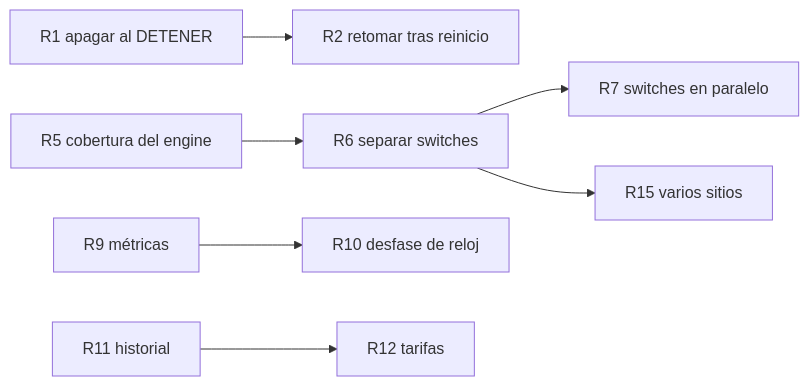
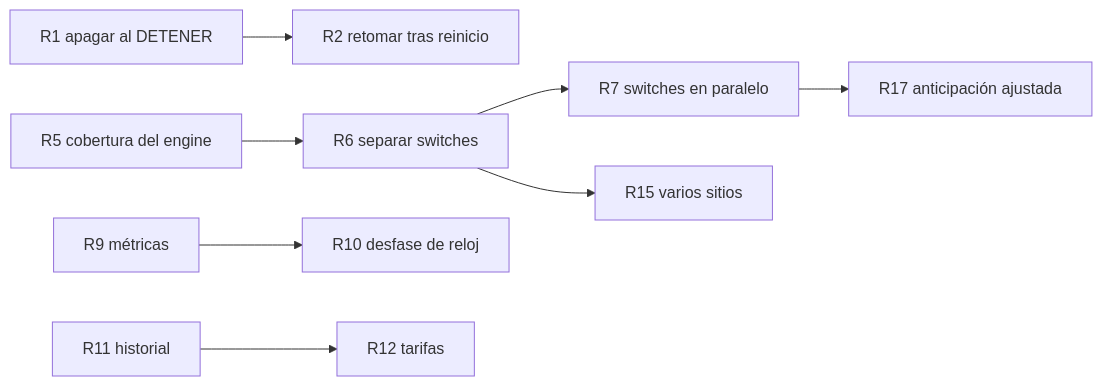
The diagram in docs/arquitectura/roadmap.md (BrayanBCode/iiss-2026-grupo-4), drawn with Mermaid before and after one commit. The commit also changed other lines of this file and 7 other files, not shown here.

````diff
--- a/docs/arquitectura/roadmap.md
+++ b/docs/arquitectura/roadmap.md
@@ -97,9 +108,10 @@
 ```mermaid
 flowchart LR
     R1[R1 apagar al DETENER] --> R2[R2 retomar tras reinicio]
     R5[R5 cobertura del engine] --> R6[R6 separar switches]
     R6 --> R7[R7 switches en paralelo]
     R6 --> R15[R15 varios sitios]
+    R7 --> R17[R17 anticipación ajustada]
     R9[R9 métricas] --> R10[R10 desfase de reloj]
     R11[R11 historial] --> R12[R12 tarifas]
 ```
````
